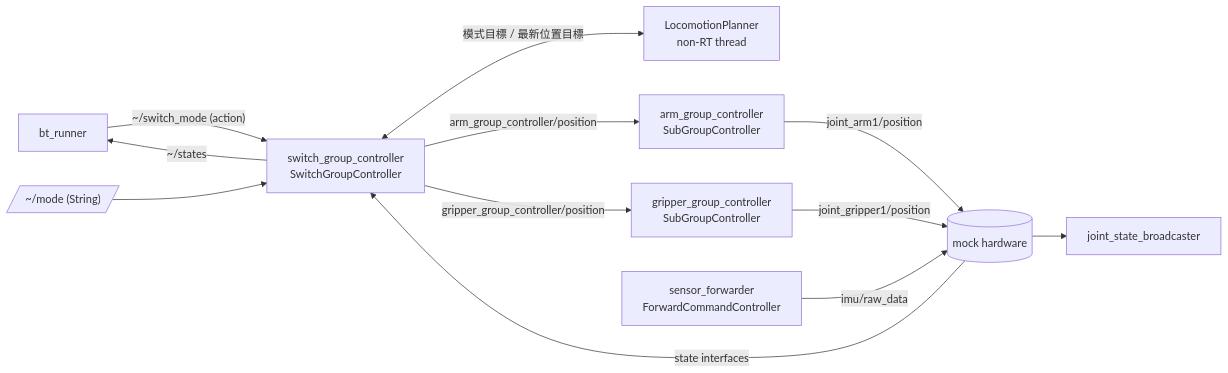
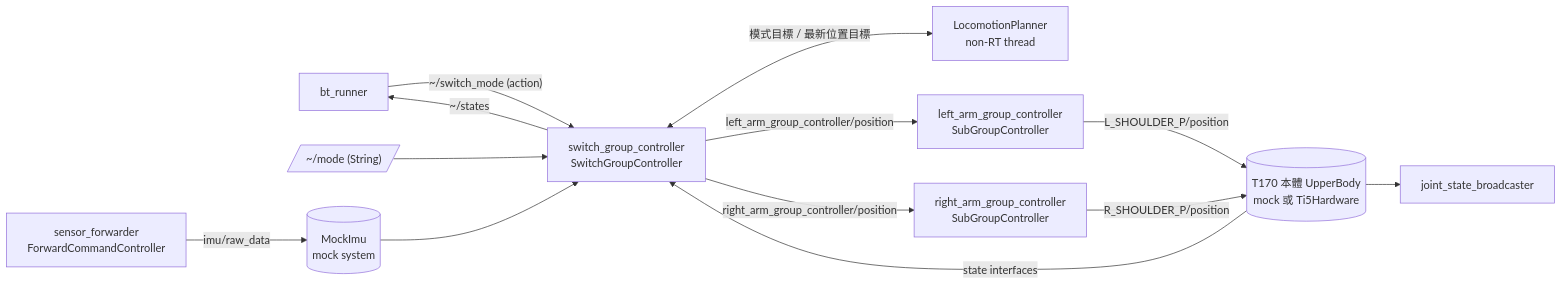
One commit to s40523122/graphen_controller changed the second of 4 diagrams in docs/ARCHITECTURE.md. Above: the diagram before and after it, drawn with Mermaid. The commit also changed other lines of this file and 3 other files, not shown here.

````diff
--- a/docs/ARCHITECTURE.md
+++ b/docs/ARCHITECTURE.md
@@ -72,14 +82,15 @@
 ```mermaid
 graph LR
   bt[bt_runner] -->|"~/switch_mode (action)"| sw[switch_group_controller<br/>SwitchGroupController]
   mode[/"~/mode (String)"/] --> sw
   sw <-->|模式目標 / 最新位置目標| planner[LocomotionPlanner<br/>non-RT thread]
   sw -->|"~/states"| bt
-  sw -->|arm_group_controller/position| arm[arm_group_controller<br/>SubGroupController]
-  sw -->|gripper_group_controller/position| grip[gripper_group_controller<br/>SubGroupController]
-  arm -->|joint_arm1/position| hw[(mock hardware)]
-  grip -->|joint_gripper1/position| hw
+  sw -->|left_arm_group_controller/position| larm[left_arm_group_controller<br/>SubGroupController]
+  sw -->|right_arm_group_controller/position| rarm[right_arm_group_controller<br/>SubGroupController]
+  larm -->|L_SHOULDER_P/position| hw[(T170 本體 UpperBody<br/>mock 或 Ti5Hardware)]
+  rarm -->|R_SHOULDER_P/position| hw
   hw -->|state interfaces| sw
   hw --> jsb[joint_state_broadcaster]
-  fwd[sensor_forwarder<br/>ForwardCommandController] -->|imu/raw_data| hw
+  fwd[sensor_forwarder<br/>ForwardCommandController] -->|imu/raw_data| mimu[(MockImu<br/>mock system)]
+  mimu --> sw
 ```
````
